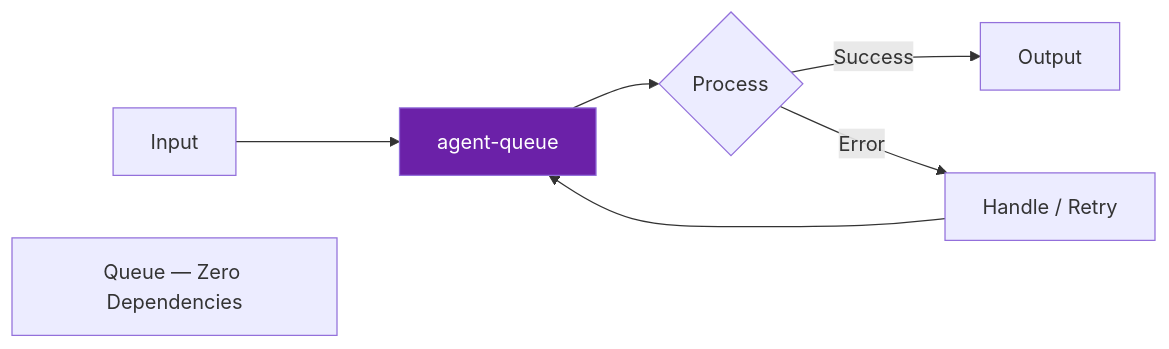
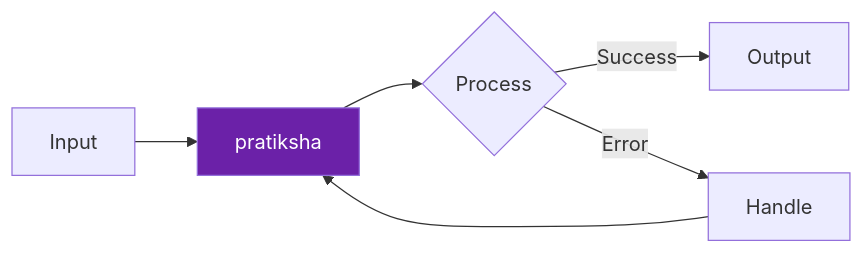
One commit to darshjme/agent-queue changed the diagram in README.md. Above: the diagram before and after it, drawn with Mermaid. The commit also changed other lines of this file and 1 other file, not shown here.

First line of the commit message:
feat(vedic-v3): rename to pratiksha (प्रतीक्षा)

````diff
--- a/README.md
+++ b/README.md
@@ -48,10 +39,9 @@
 ```mermaid
 flowchart LR
-    A[Input] --> B[agent-queue]
+    A[Input] --> B[pratiksha]
     B --> C{Process}
     C -- Success --> D[Output]
-    C -- Error --> E[Handle / Retry]
+    C -- Error --> E[Handle]
     E --> B
     style B fill:#6b21a8,color:#fff
-    note["Queue — Zero Dependencies"]
 ```
````
